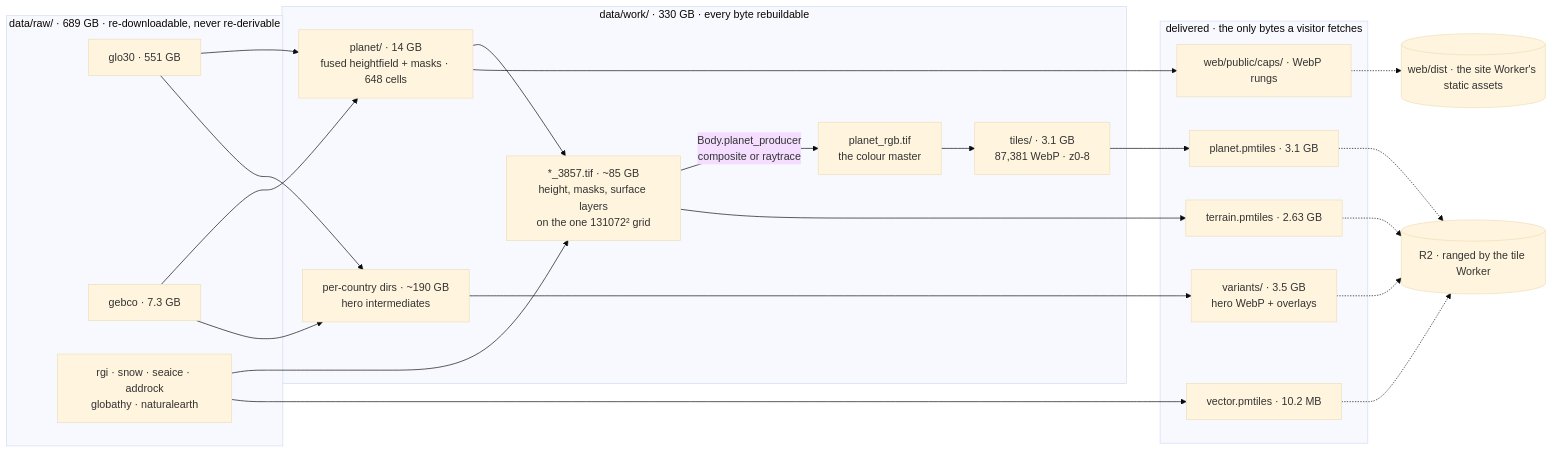
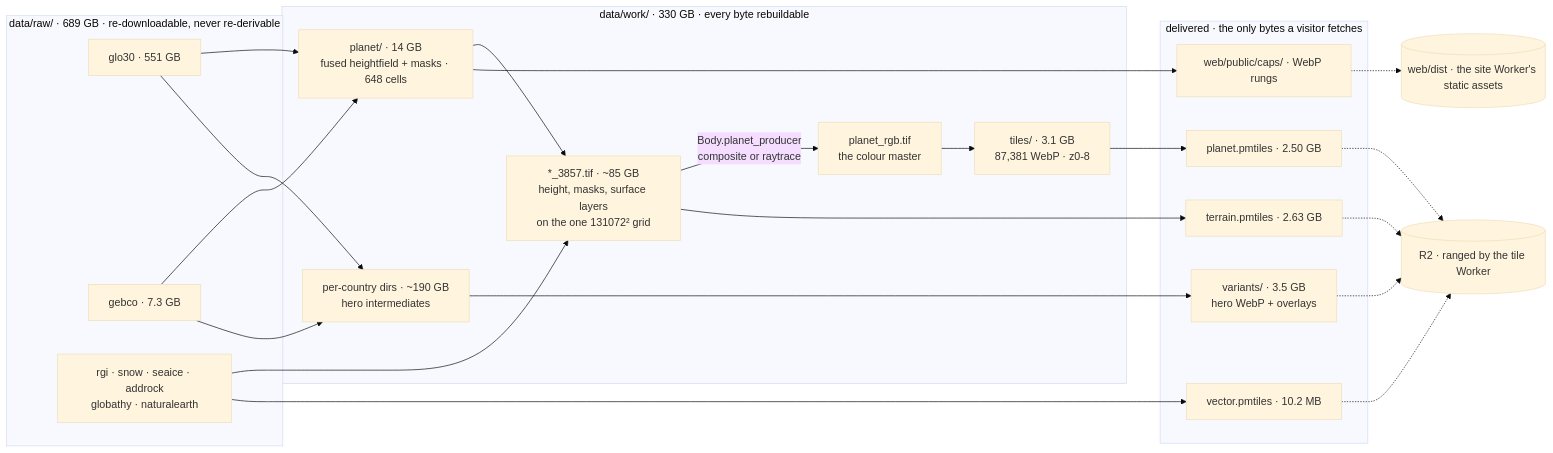
One commit to Alchez/terrella changed the diagram in INVENTORY.md. Above: the diagram before and after it, drawn with Mermaid (base theme). The commit also changed other lines of this file and 7 other files, not shown here.

````diff
--- a/INVENTORY.md
+++ b/INVENTORY.md
@@ -26,43 +26,43 @@
 ```mermaid
 flowchart LR
   subgraph SRC["data/raw/ · 689 GB · re-downloadable, never re-derivable"]
     GLO["glo30 · 551 GB"]
     GEB["gebco · 7.3 GB"]
     LAY["rgi · snow · seaice · addrock<br/>globathy · naturalearth"]
   end
 
   subgraph MID["data/work/ · 330 GB · every byte rebuildable"]
     FUSE["planet/ · 14 GB<br/>fused heightfield + masks · 648 cells"]
     W["*_3857.tif · ~85 GB<br/>height, masks, surface layers<br/>on the one 131072² grid"]
     RGB["planet_rgb.tif<br/>the colour master"]
     PYR["tiles/ · 3.1 GB<br/>87,381 WebP · z0-8"]
     CTRY["per-country dirs · ~190 GB<br/>hero intermediates"]
   end
 
   subgraph OUT["delivered · the only bytes a visitor fetches"]
-    PM["planet.pmtiles · 3.1 GB"]
+    PM["planet.pmtiles · 2.50 GB"]
     TER["terrain.pmtiles · 2.63 GB"]
     VEC["vector.pmtiles · 10.2 MB"]
     CAP["web/public/caps/ · WebP rungs"]
     HERO["variants/ · 3.5 GB<br/>hero WebP + overlays"]
   end
 
   GLO --> FUSE
   GEB --> FUSE
   FUSE --> W
   LAY --> W
   W -->|"Body.planet_producer<br/>composite or raytrace"| RGB
   RGB --> PYR
   PYR --> PM
   W --> TER
   FUSE --> CAP
   LAY --> VEC
   GLO --> CTRY
   GEB --> CTRY
   CTRY --> HERO
   PM -.-> R2[("R2 · ranged by the tile Worker")]
   TER -.-> R2
   VEC -.-> R2
   HERO -.-> R2
   CAP -.-> SITE[("web/dist · the site Worker's static assets")]
 ```
````
